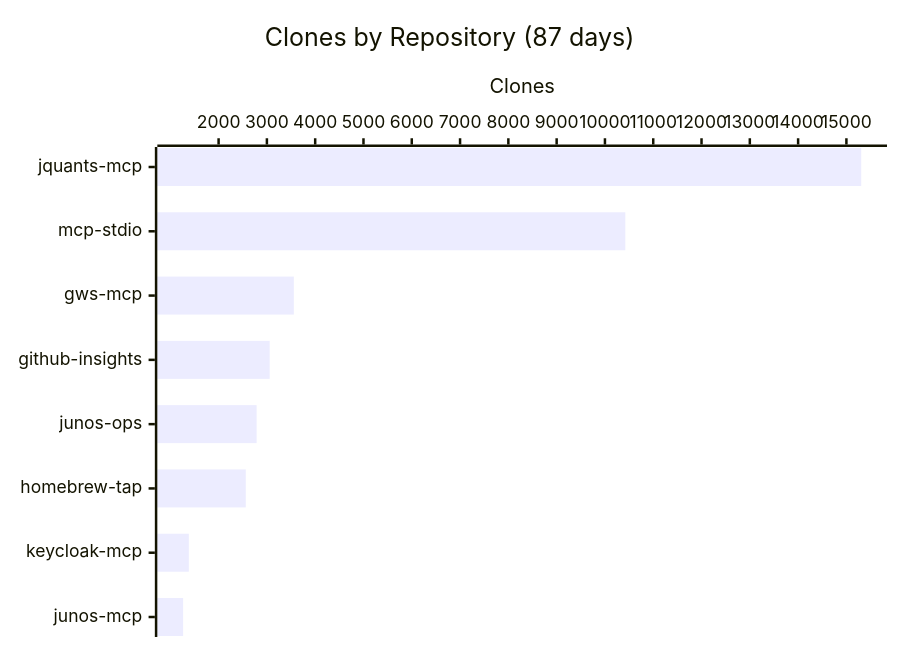
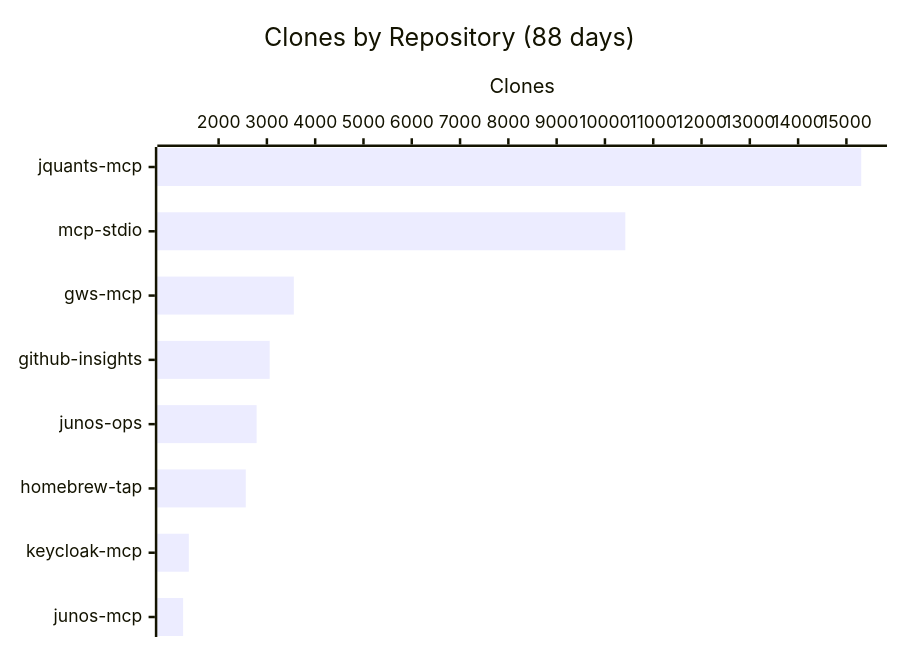
The third of 3 diagrams in README.md (shigechika/github-insights), drawn with Mermaid before and after one commit. The commit also changed other lines of this file and 2 other files, not shown here.

````diff
--- a/README.md
+++ b/README.md
@@ -43,7 +43,7 @@
 ```mermaid
 xychart-beta horizontal
-    title "Clones by Repository (87 days)"
+    title "Clones by Repository (88 days)"
     x-axis ["jquants-mcp", "mcp-stdio", "gws-mcp", "github-insights", "junos-ops", "homebrew-tap", "keycloak-mcp", "junos-mcp"]
     y-axis "Clones"
     bar [15307, 10422, 3558, 3058, 2787, 2563, 1383, 1265]
 ```
````
